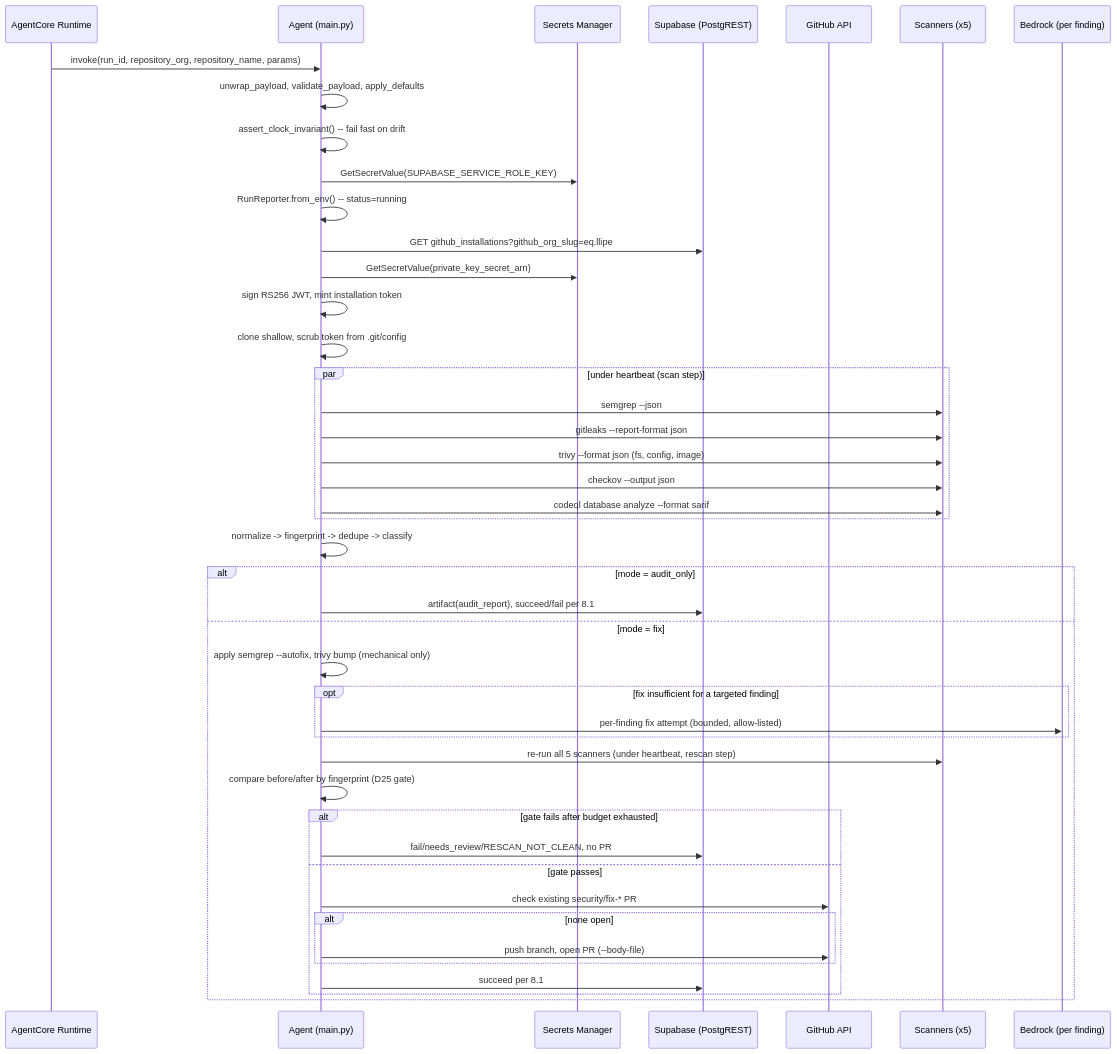
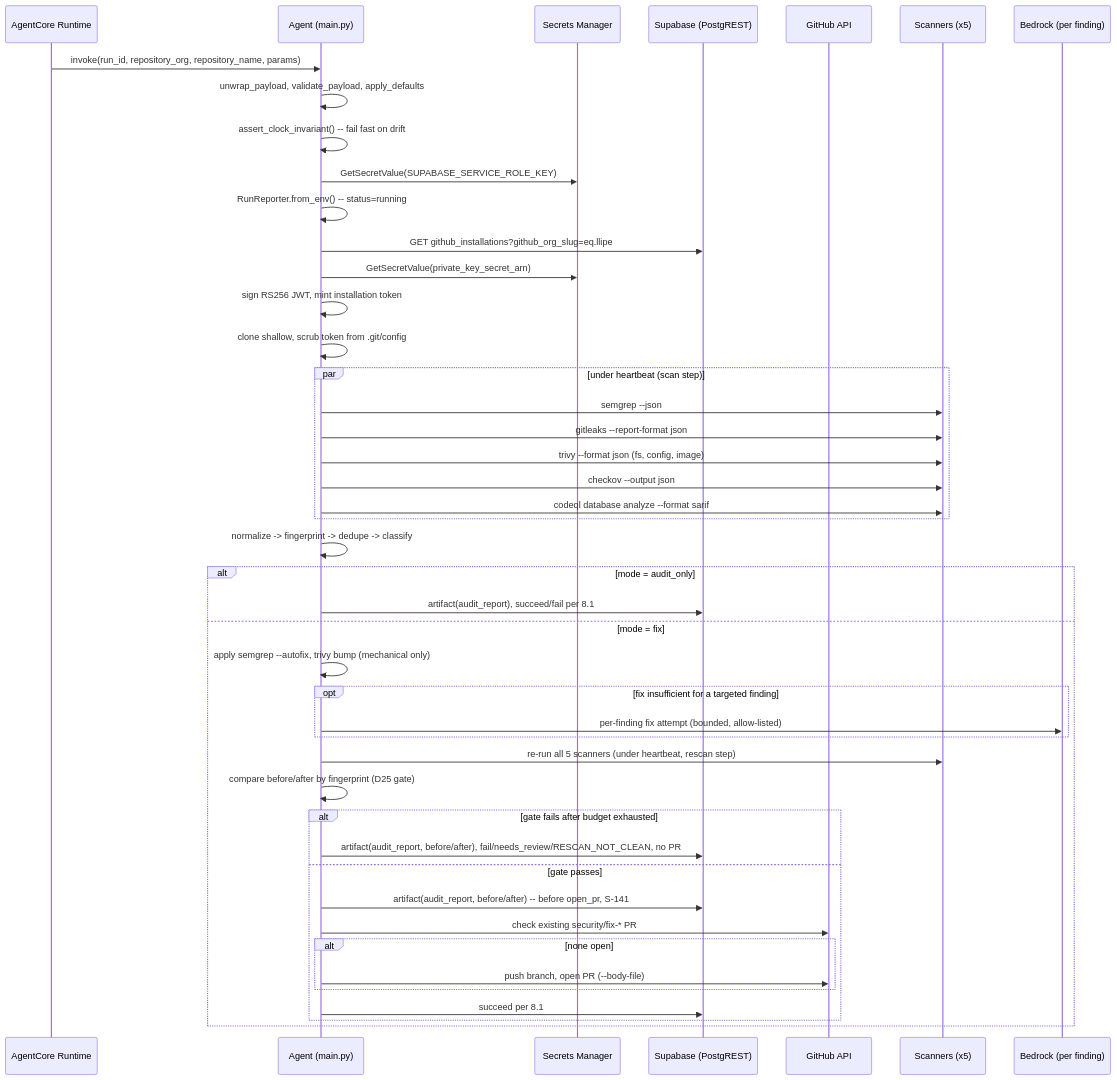
The second of 3 diagrams in workstream/specification-prd-security-analyst-agent.md (llipe/dev-tasks-agent-fleet), drawn with Mermaid before and after one commit. The commit also changed other lines of this file and 122 other files, not shown here.

````diff
--- a/workstream/specification-prd-security-analyst-agent.md
+++ b/workstream/specification-prd-security-analyst-agent.md
@@ -109,47 +110,48 @@
 ```mermaid
 sequenceDiagram
     participant AC as AgentCore Runtime
     participant AG as Agent (main.py)
     participant SM as Secrets Manager
     participant DB as Supabase (PostgREST)
     participant GH as GitHub API
     participant SC as Scanners (x5)
     participant BR as Bedrock (per finding)
 
     AC->>AG: invoke(run_id, repository_org, repository_name, params)
     AG->>AG: unwrap_payload, validate_payload, apply_defaults
     AG->>AG: assert_clock_invariant() -- fail fast on drift
     AG->>SM: GetSecretValue(SUPABASE_SERVICE_ROLE_KEY)
     AG->>AG: RunReporter.from_env() -- status=running
     AG->>DB: GET github_installations?github_org_slug=eq.llipe
     AG->>SM: GetSecretValue(private_key_secret_arn)
     AG->>AG: sign RS256 JWT, mint installation token
     AG->>AG: clone shallow, scrub token from .git/config
     par under heartbeat (scan step)
         AG->>SC: semgrep --json
         AG->>SC: gitleaks --report-format json
         AG->>SC: trivy --format json (fs, config, image)
         AG->>SC: checkov --output json
         AG->>SC: codeql database analyze --format sarif
     end
     AG->>AG: normalize -> fingerprint -> dedupe -> classify
     alt mode = audit_only
         AG->>DB: artifact(audit_report), succeed/fail per 8.1
     else mode = fix
         AG->>AG: apply semgrep --autofix, trivy bump (mechanical only)
         opt fix insufficient for a targeted finding
             AG->>BR: per-finding fix attempt (bounded, allow-listed)
         end
         AG->>SC: re-run all 5 scanners (under heartbeat, rescan step)
         AG->>AG: compare before/after by fingerprint (D25 gate)
         alt gate fails after budget exhausted
-            AG->>DB: fail/needs_review/RESCAN_NOT_CLEAN, no PR
+            AG->>DB: artifact(audit_report, before/after), fail/needs_review/RESCAN_NOT_CLEAN, no PR
         else gate passes
+            AG->>DB: artifact(audit_report, before/after) -- before open_pr, S-141
             AG->>GH: check existing security/fix-* PR
             alt none open
                 AG->>GH: push branch, open PR (--body-file)
             end
             AG->>DB: succeed per 8.1
         end
     end
 ```
````
